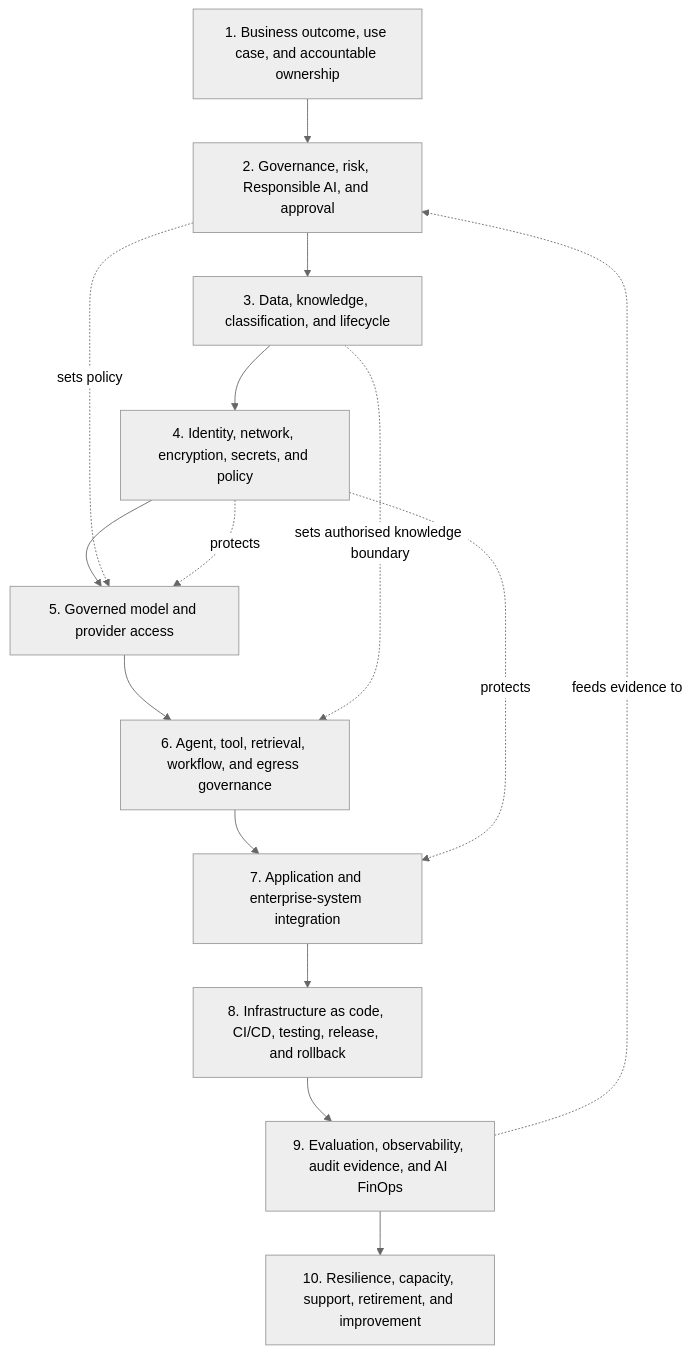
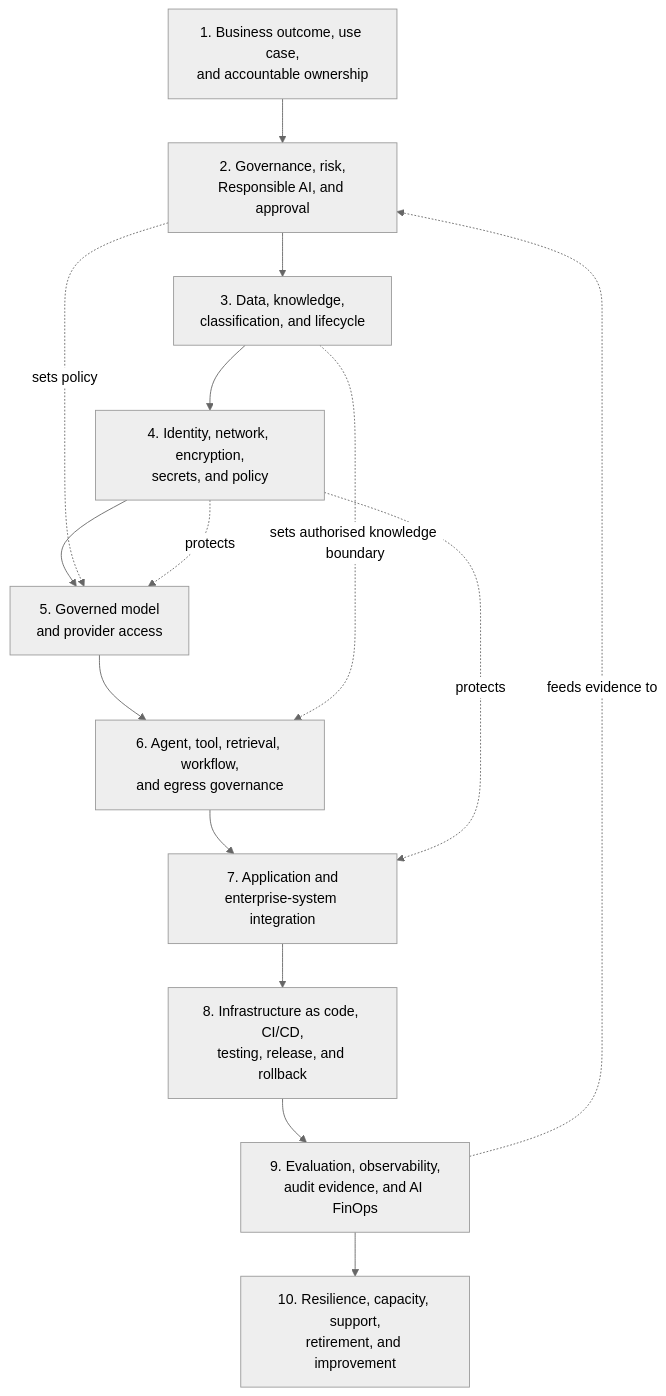
The second of 3 diagrams in docs/architecture.md (afaryy/cloudai-platform), drawn with Mermaid (neutral theme) before and after one commit. The commit also changed other lines of this file and 2 other files, not shown here.

Commit message:
docs: improve architecture diagram readability

````diff
--- a/docs/architecture.md
+++ b/docs/architecture.md
@@ -69,21 +69,21 @@
 ```mermaid
 flowchart TB
-  intake["1. Business outcome, use case, and accountable ownership"]
-  risk["2. Governance, risk, Responsible AI, and approval"]
-  data["3. Data, knowledge, classification, and lifecycle"]
-  foundation["4. Identity, network, encryption, secrets, and policy"]
-  model["5. Governed model and provider access"]
-  traffic["6. Agent, tool, retrieval, workflow, and egress governance"]
-  integration["7. Application and enterprise-system integration"]
-  delivery["8. Infrastructure as code, CI/CD, testing, release, and rollback"]
-  operations["9. Evaluation, observability, audit evidence, and AI FinOps"]
-  lifecycle["10. Resilience, capacity, support, retirement, and improvement"]
+  intake["1. Business outcome, use case,<br/>and accountable ownership"]
+  risk["2. Governance, risk,<br/>Responsible AI, and approval"]
+  data["3. Data, knowledge,<br/>classification, and lifecycle"]
+  foundation["4. Identity, network, encryption,<br/>secrets, and policy"]
+  model["5. Governed model<br/>and provider access"]
+  traffic["6. Agent, tool, retrieval, workflow,<br/>and egress governance"]
+  integration["7. Application and<br/>enterprise-system integration"]
+  delivery["8. Infrastructure as code, CI/CD,<br/>testing, release, and rollback"]
+  operations["9. Evaluation, observability,<br/>audit evidence, and AI FinOps"]
+  lifecycle["10. Resilience, capacity, support,<br/>retirement, and improvement"]
 
   intake --> risk --> data --> foundation --> model --> traffic --> integration
   integration --> delivery --> operations --> lifecycle
   risk -. "sets policy" .-> model
   data -. "sets authorised knowledge boundary" .-> traffic
   foundation -. "protects" .-> model
   foundation -. "protects" .-> integration
   operations -. "feeds evidence to" .-> risk
 ```
````
